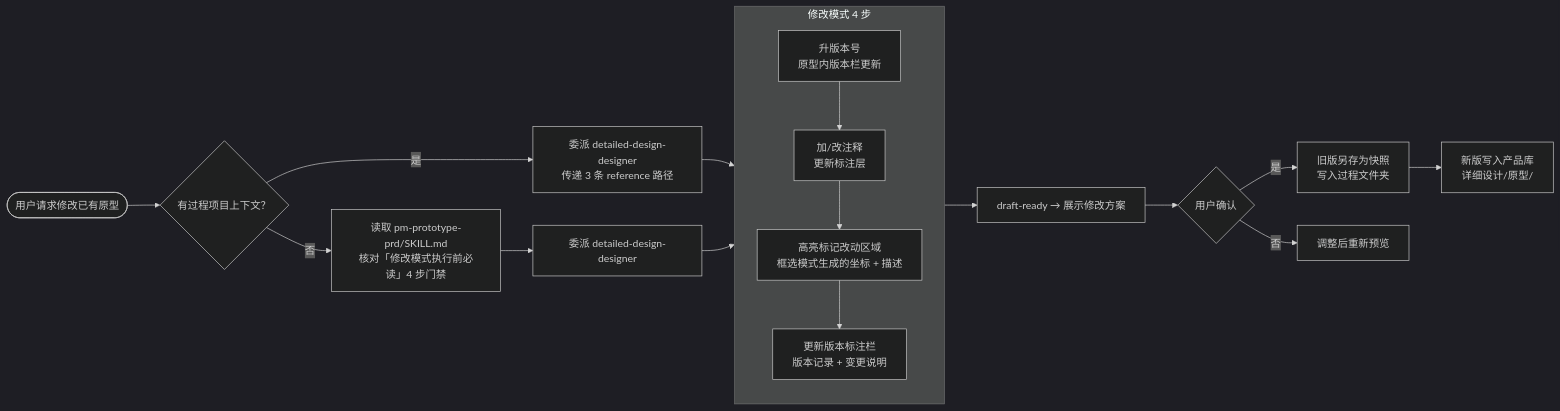
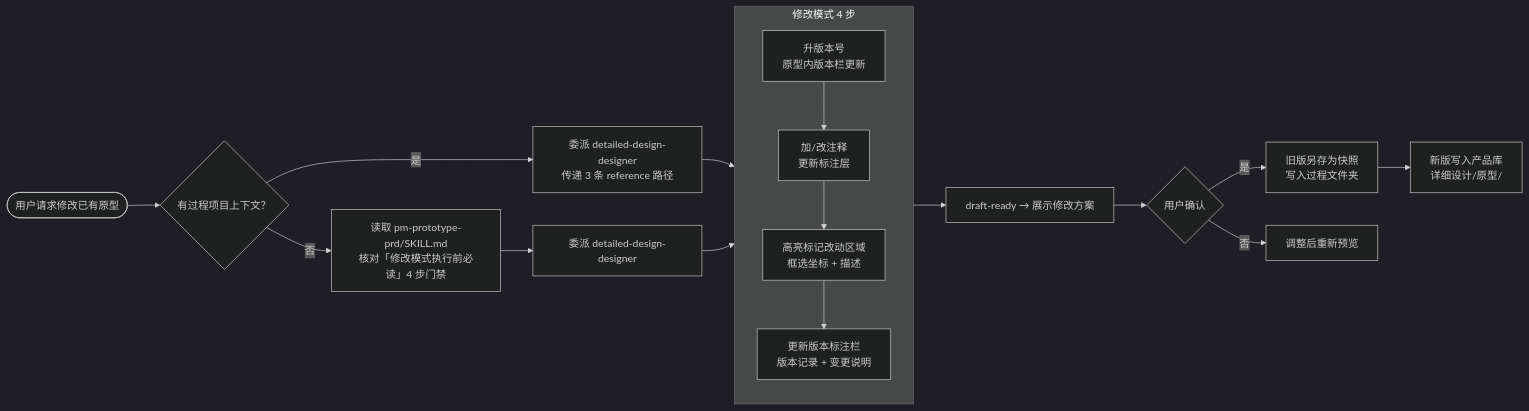
Before and after one commit to Tiger0521/pm-orchestrator: the sixth of 7 diagrams in README.md, drawn with Mermaid (dark theme). The commit also changed other lines of this file, not shown here.

Commit message:
release: V4.0.2 重写README：按流程概览→安装→目录→流程图结构组织

````diff
--- a/README.md
+++ b/README.md
@@ -246,23 +525,23 @@
 ```mermaid
 flowchart LR
     Request([用户请求修改已有原型]) --> Route{有过程项目上下文？}
-    
+
     Route -- 是 --> DDSimple[委派 detailed-design-designer<br/>传递 3 条 reference 路径]
     Route -- 否 --> ReadGate[读取 pm-prototype-prd/SKILL.md<br/>核对「修改模式执行前必读」4 步门禁]
     ReadGate --> DDComplex[委派 detailed-design-designer]
 
     DDSimple --> Step[修改模式 4 步流程]
     DDComplex --> Step
 
     subgraph Step[修改模式 4 步]
         S1[升版本号<br/>原型内版本栏更新] --> S2[加/改注释<br/>更新标注层]
-        S2 --> S3[高亮标记改动区域<br/>框选模式生成的坐标 + 描述]
+        S2 --> S3[高亮标记改动区域<br/>框选坐标 + 描述]
         S3 --> S4[更新版本标注栏<br/>版本记录 + 变更说明]
     end
 
     Step --> DraftPreview[draft-ready → 展示修改方案]
     DraftPreview --> UserConfirm{用户确认}
     UserConfirm -- 是 --> Archive[旧版另存为快照<br/>写入过程文件夹]
     Archive --> WriteNew[新版写入产品库<br/>详细设计/原型/]
     UserConfirm -- 否 --> Revise[调整后重新预览]
 ```
````
